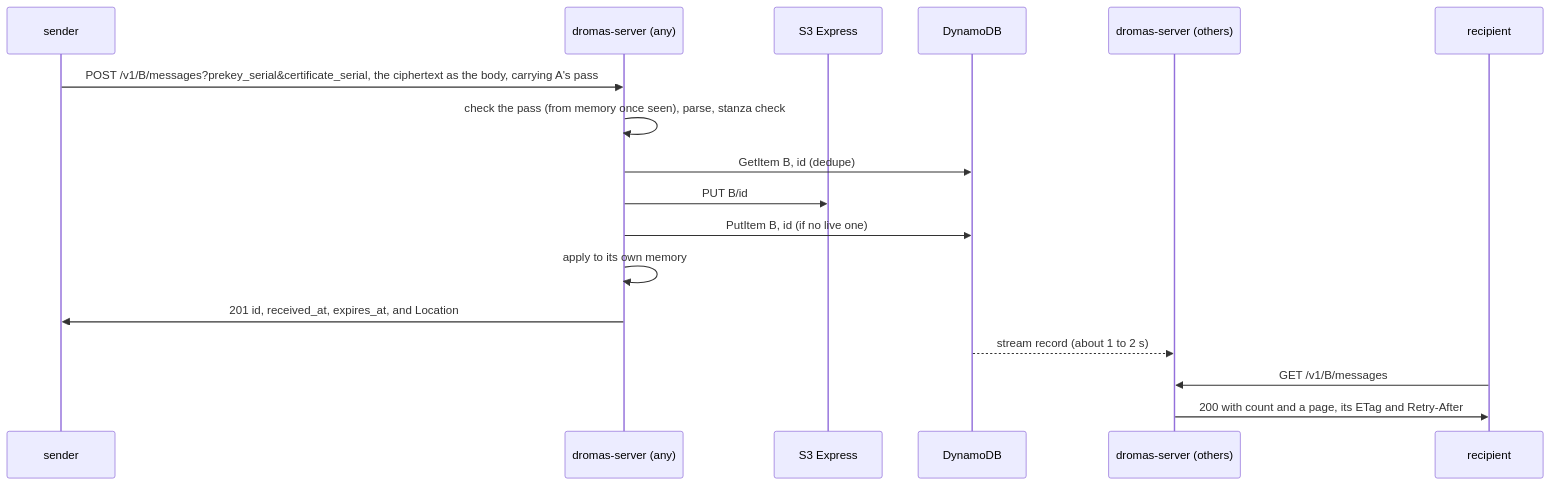
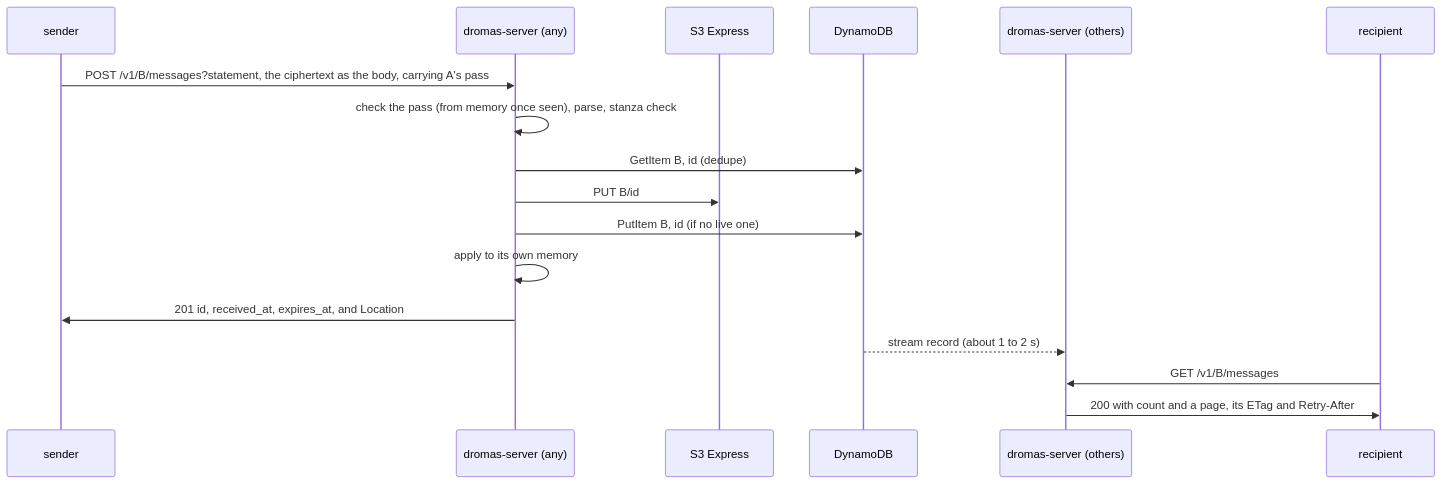
One commit to dromas-dev/dromas-server changed the second of 2 diagrams in ARCHITECTURE.md. Above: the diagram before and after it, drawn with Mermaid. The commit also changed other lines of this file and 57 other files, not shown here.

````diff
--- a/ARCHITECTURE.md
+++ b/ARCHITECTURE.md
@@ -181,19 +186,19 @@
 ```mermaid
 sequenceDiagram
   participant A as sender
   participant P1 as dromas-server (any)
   participant S3 as S3 Express
   participant D as DynamoDB
   participant P2 as dromas-server (others)
   participant B as recipient
-  A->>P1: POST /v1/B/messages?prekey_serial&certificate_serial, the ciphertext as the body, carrying A's pass
+  A->>P1: POST /v1/B/messages?statement, the ciphertext as the body, carrying A's pass
   P1->>P1: check the pass (from memory once seen), parse, stanza check
   P1->>D: GetItem B, id (dedupe)
   P1->>S3: PUT B/id
   P1->>D: PutItem B, id (if no live one)
   P1->>P1: apply to its own memory
   P1->>A: 201 id, received_at, expires_at, and Location
   D-->>P2: stream record (about 1 to 2 s)
   B->>P2: GET /v1/B/messages
   P2->>B: 200 with count and a page, its ETag and Retry-After
 ```
````
